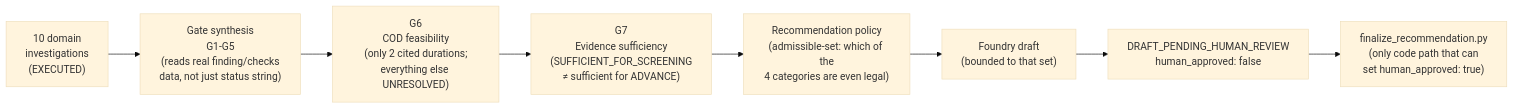
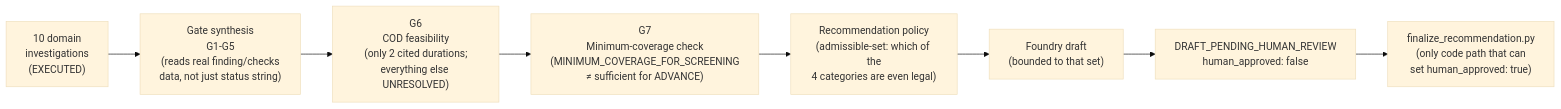
The fourth of 4 diagrams in docs/architecture/overview.md (manoharpavuluri/renewable-development-intelligence), drawn with Mermaid (base theme) before and after one commit. The commit also changed other lines of this file and 18 other files, not shown here.

````diff
--- a/docs/architecture/overview.md
+++ b/docs/architecture/overview.md
@@ -148,10 +148,10 @@
 ```mermaid
 flowchart LR
     H["10 domain<br/>investigations<br/>(EXECUTED)"] --> GS["Gate synthesis<br/>G1-G5<br/>(reads real finding/checks<br/>data, not just status string)"]
     GS --> G6["G6<br/>COD feasibility<br/>(only 2 cited durations;<br/>everything else UNRESOLVED)"]
-    G6 --> G7["G7<br/>Evidence sufficiency<br/>(SUFFICIENT_FOR_SCREENING<br/>≠ sufficient for ADVANCE)"]
+    G6 --> G7["G7<br/>Minimum-coverage check<br/>(MINIMUM_COVERAGE_FOR_SCREENING<br/>≠ sufficient for ADVANCE)"]
     G7 --> RP["Recommendation policy<br/>(admissible-set: which of the<br/>4 categories are even legal)"]
     RP --> RD["Foundry draft<br/>(bounded to that set)"]
     RD --> HITL2["DRAFT_PENDING_HUMAN_REVIEW<br/>human_approved: false"]
     HITL2 --> FIN["finalize_recommendation.py<br/>(only code path that can<br/>set human_approved: true)"]
 ```
````
